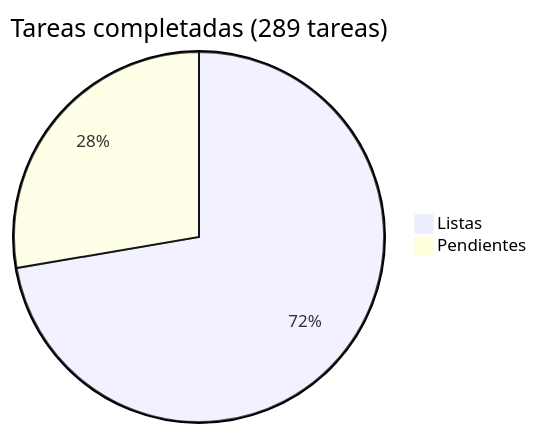
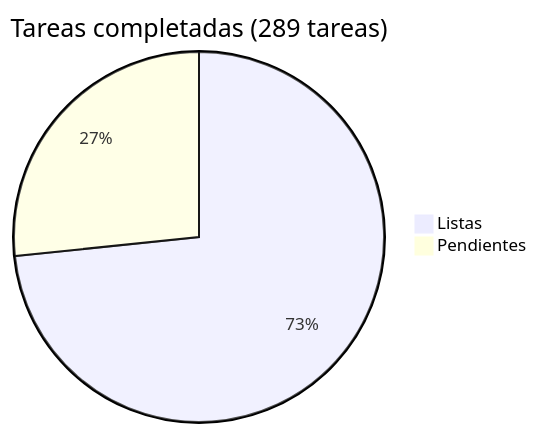
The diagram in docs/roadmap/README.md (araguaney-lat/araguaney), drawn with Mermaid before and after one commit. The commit also changed other lines of this file and 8 other files, not shown here.

````diff
--- a/docs/roadmap/README.md
+++ b/docs/roadmap/README.md
@@ -5,5 +5,5 @@
 ```mermaid
 pie title Tareas completadas (289 tareas)
-    "Listas" : 209
-    "Pendientes" : 80
+    "Listas" : 212
+    "Pendientes" : 77
 ```
````
